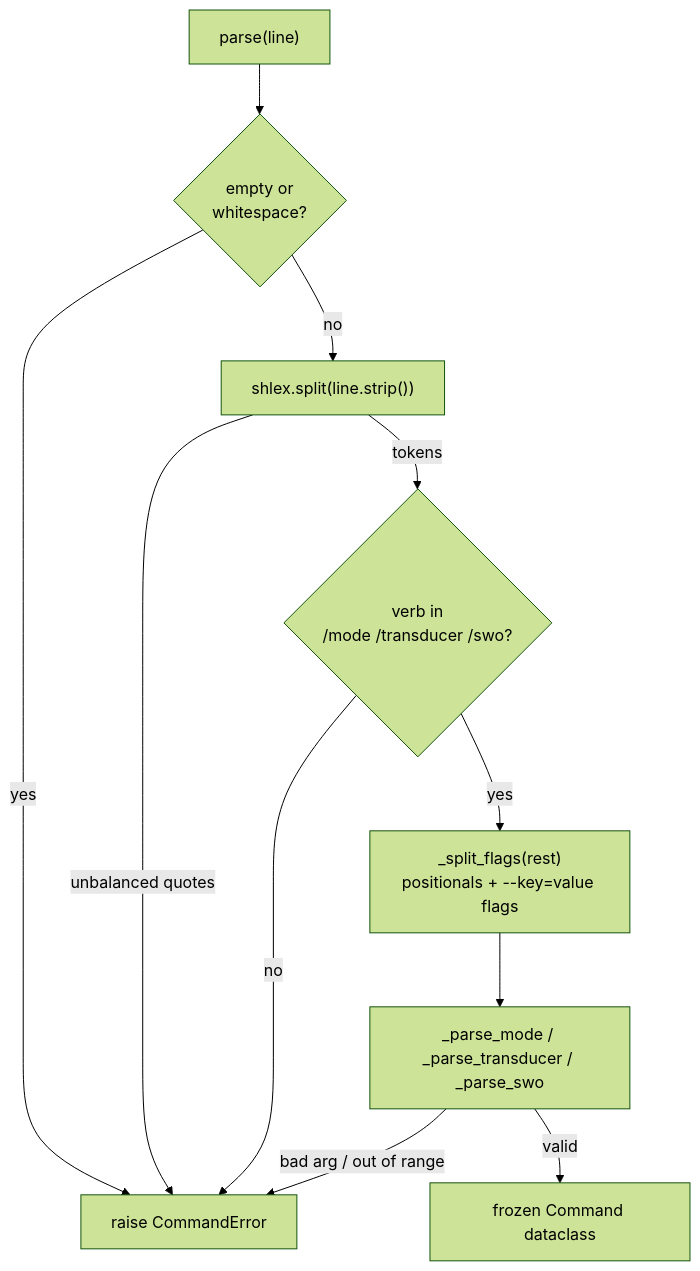
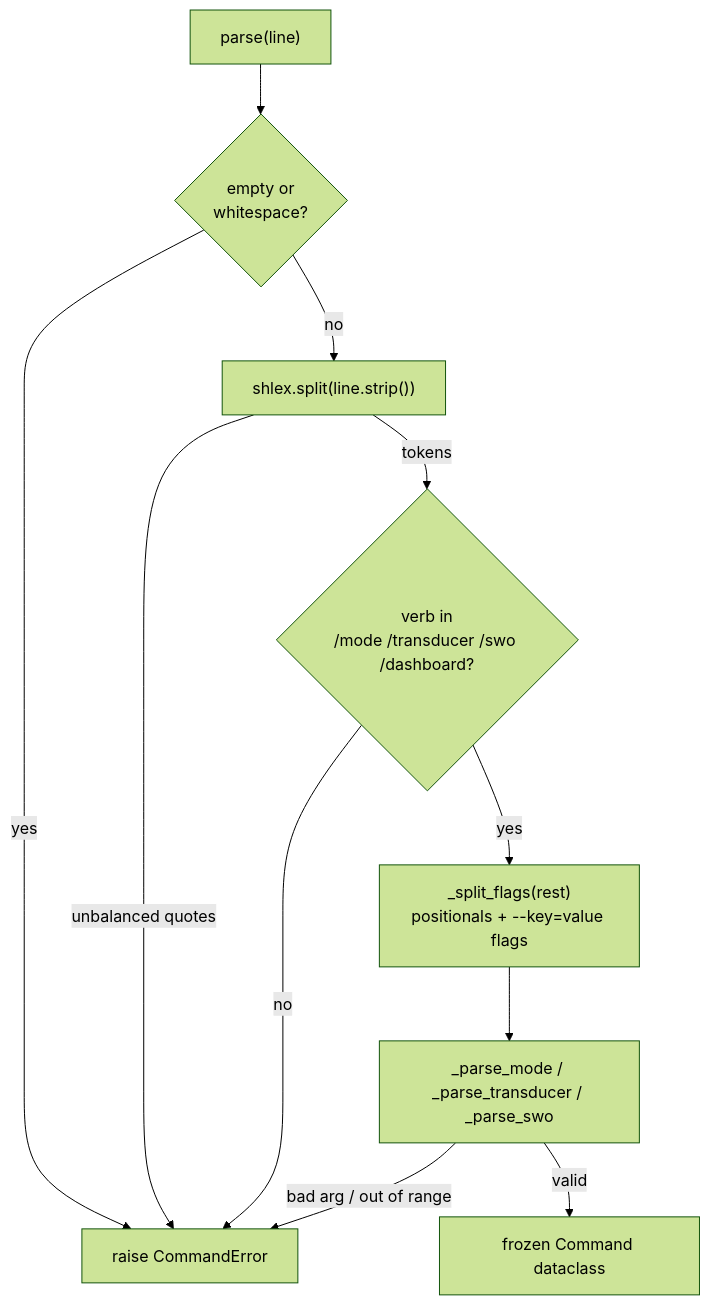
The diagram in docs/command-grammar.md (docxology/SynthOBS), drawn with Mermaid (forest theme) before and after one commit. The commit also changed other lines of this file and 32 other files, not shown here.

Commit message:
Complete SynthOBS roadmap surfaces

````diff
--- a/docs/command-grammar.md
+++ b/docs/command-grammar.md
@@ -26,13 +27,13 @@
 ```mermaid
 flowchart TD
     A["parse(line)"] --> B{empty or<br/>whitespace?}
     B -- yes --> E["raise CommandError"]
     B -- no --> C["shlex.split(line.strip())"]
     C -- unbalanced quotes --> E
-    C -- tokens --> D{verb in<br/>/mode /transducer /swo?}
+    C -- tokens --> D{verb in<br/>/mode /transducer /swo /dashboard?}
     D -- no --> E
     D -- yes --> F["_split_flags(rest)<br/>positionals + --key=value flags"]
     F --> G["_parse_mode / _parse_transducer / _parse_swo"]
     G -- valid --> H["frozen Command dataclass"]
     G -- bad arg / out of range --> E
 ```
````
